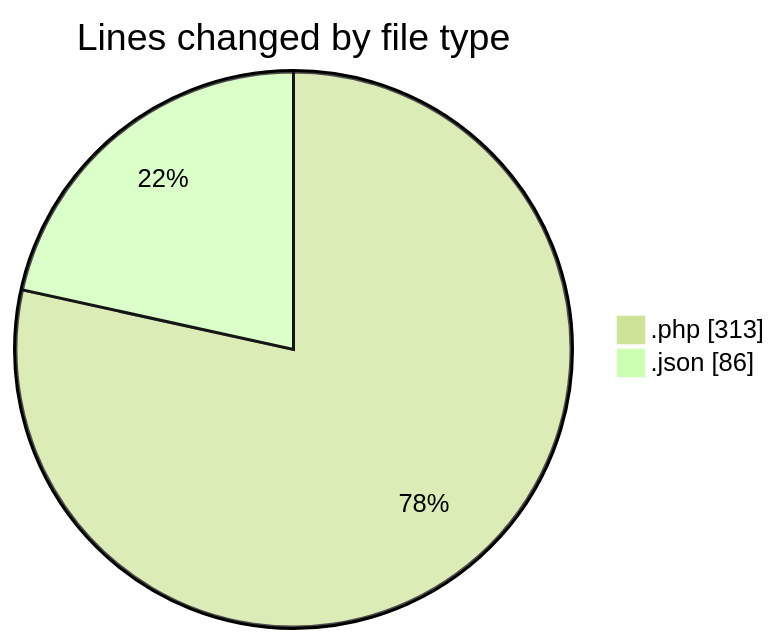
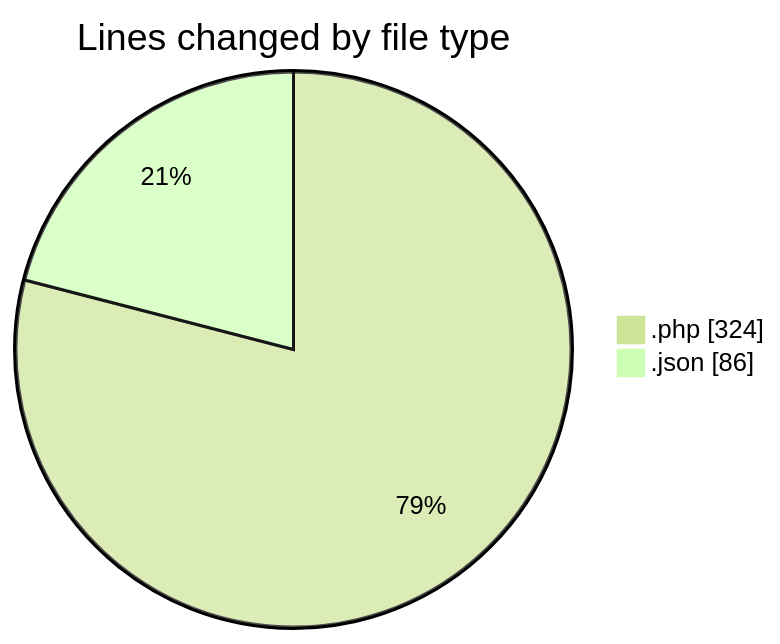
Before and after one commit to vahidmafi/code-tracking: the first of 2 diagrams in 2025-04-11/zeytoon/README.md, drawn with Mermaid (forest theme). The commit also changed other lines of this file and 1 other file, not shown here.

````diff
--- a/2025-04-11/zeytoon/README.md
+++ b/2025-04-11/zeytoon/README.md
@@ -23,6 +23,6 @@
 ```mermaid
 pie showData
 title Lines changed by file type
-".php" : 313
+".php" : 324
 ".json" : 86
 ```
````
